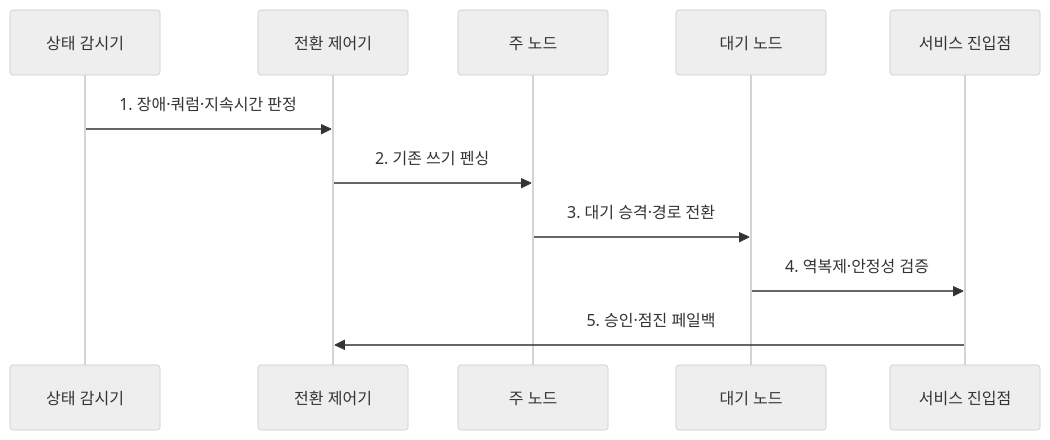
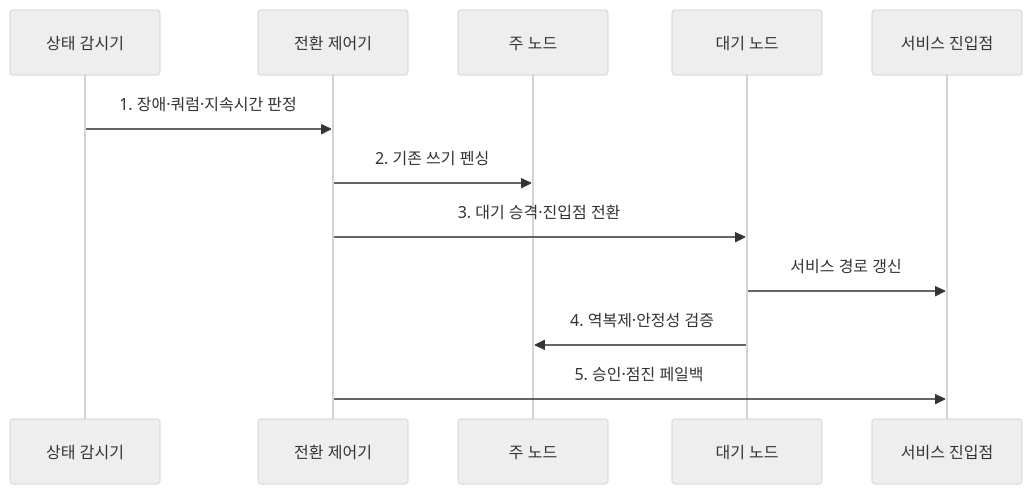
One commit to agnusdei1207/knowledge-base changed the second of 2 diagrams in src/content/docs/notes/06-evaluation/022_auto_failover_failback.md. Above: the diagram before and after it, drawn with Mermaid (neutral theme). The commit also changed other lines of this file and 20 other files, not shown here.

````diff
--- a/src/content/docs/notes/06-evaluation/022_auto_failover_failback.md
+++ b/src/content/docs/notes/06-evaluation/022_auto_failover_failback.md
@@ -89,13 +89,14 @@
 ```mermaid
 sequenceDiagram
   participant M as 상태 감시기
   participant C as 전환 제어기
   participant P as 주 노드
   participant S as 대기 노드
   participant E as 서비스 진입점
   M->>C: 1. 장애·쿼럼·지속시간 판정
   C->>P: 2. 기존 쓰기 펜싱
-  P->>S: 3. 대기 승격·경로 전환
-  S->>E: 4. 역복제·안정성 검증
-  E->>C: 5. 승인·점진 페일백
+  C->>S: 3. 대기 승격·진입점 전환
+  S->>E: 서비스 경로 갱신
+  S->>P: 4. 역복제·안정성 검증
+  C->>E: 5. 승인·점진 페일백
 ```
````
